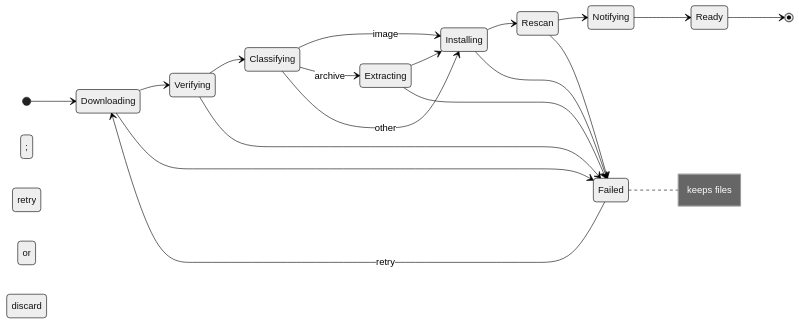
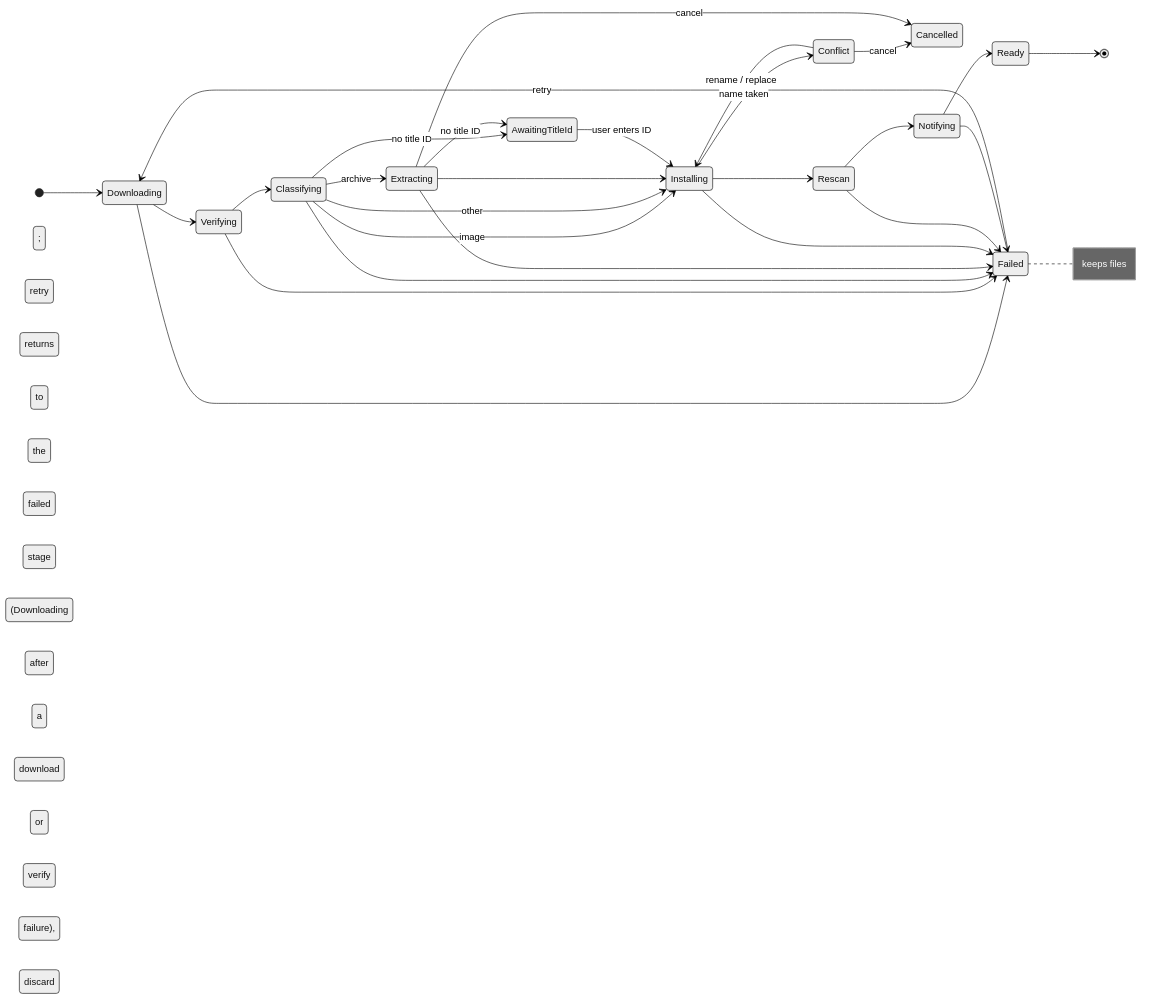
One commit to feiyunwill/raiju changed the second of 2 diagrams in ARCHITECTURE.md. Above: the diagram before and after it, drawn with Mermaid (neutral theme). The commit also changed other lines of this file and 21 other files, not shown here.

````diff
--- a/ARCHITECTURE.md
+++ b/ARCHITECTURE.md
@@ -56,22 +56,31 @@
 ```mermaid
 stateDiagram-v2
     direction LR
     [*] --> Downloading
     Downloading --> Verifying
     Verifying --> Classifying
     Classifying --> Installing: image
     Classifying --> Extracting: archive
     Classifying --> Installing: other
+    Classifying --> AwaitingTitleId: no title ID
     Extracting --> Installing
+    Extracting --> AwaitingTitleId: no title ID
+    AwaitingTitleId --> Installing: user enters ID
+    Installing --> Conflict: name taken
+    Conflict --> Installing: rename / replace
+    Conflict --> Cancelled: cancel
+    Extracting --> Cancelled: cancel
     Installing --> Rescan
     Rescan --> Notifying
     Notifying --> Ready
     Ready --> [*]
     Downloading --> Failed
     Verifying --> Failed
+    Classifying --> Failed
     Extracting --> Failed
     Installing --> Failed
     Rescan --> Failed
+    Notifying --> Failed
     Failed --> Downloading: retry
-    note right of Failed: keeps files; retry or discard
+    note right of Failed: keeps files; retry returns to the failed stage (Downloading after a download or verify failure), or discard
 ```
````
